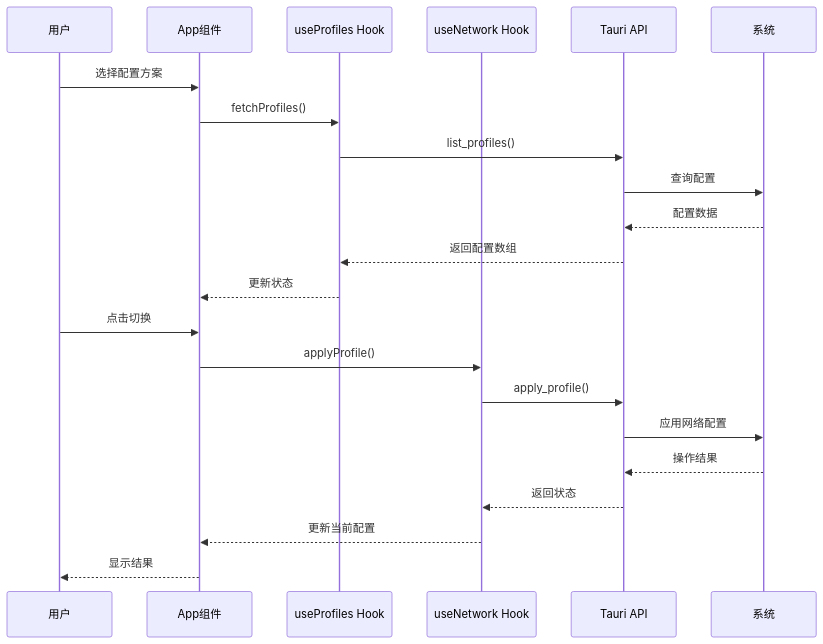
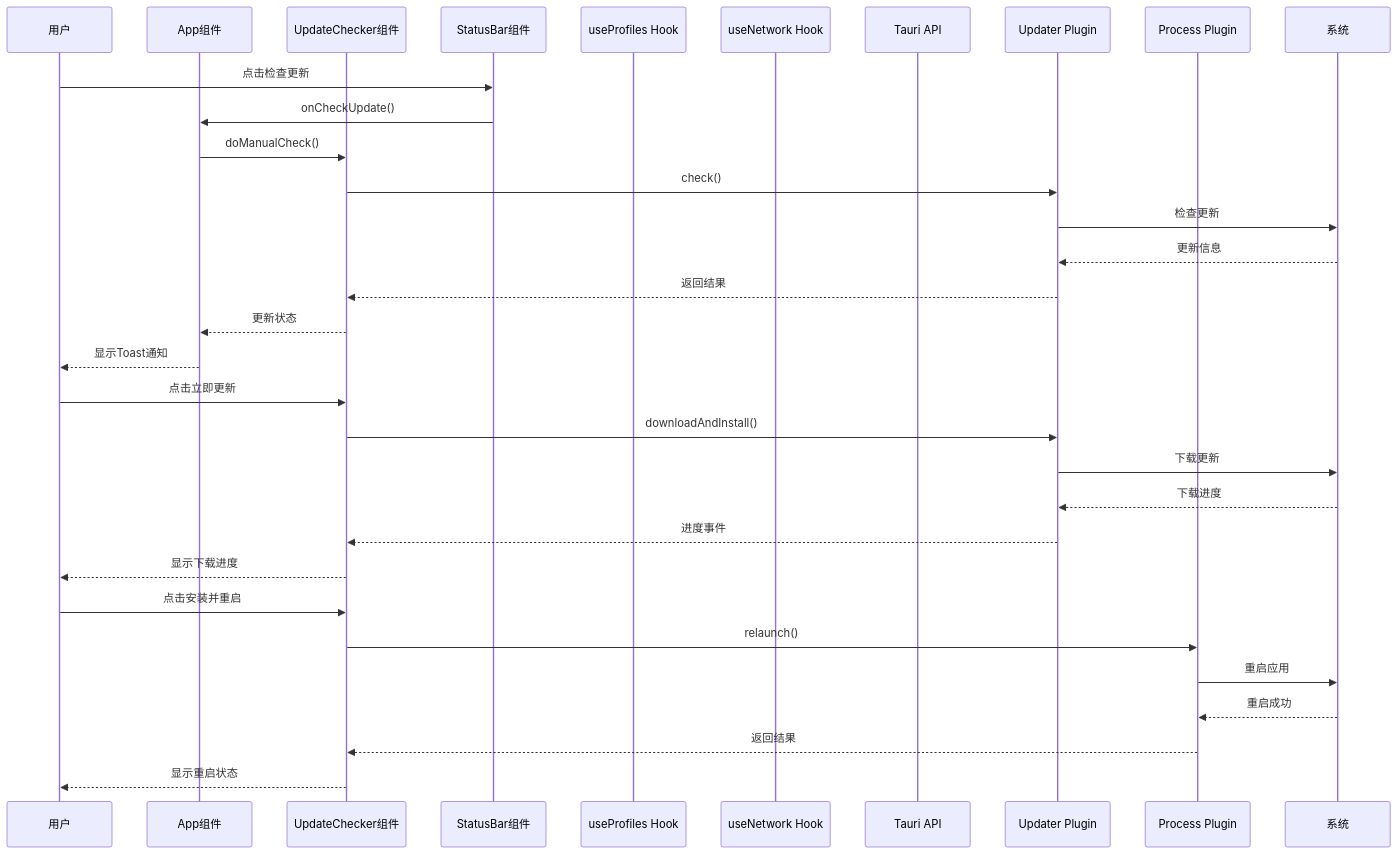
One commit to xdongliang/IPSwitcher changed the fourth of 19 diagrams in .qoder/repowiki/zh/content/前端开发指南/React组件架构.md. Above: the diagram before and after it, drawn with Mermaid. The commit also changed other lines of this file and 7 other files, not shown here.

````diff
--- a/.qoder/repowiki/zh/content/前端开发指南/React组件架构.md
+++ b/.qoder/repowiki/zh/content/前端开发指南/React组件架构.md
@@ -222,24 +282,34 @@
 ```mermaid
 sequenceDiagram
 participant User as 用户
 participant App as App组件
+participant UpdateChecker as UpdateChecker组件
+participant StatusBar as StatusBar组件
 participant Profiles as useProfiles Hook
 participant Network as useNetwork Hook
 participant Tauri as Tauri API
+participant Updater as Updater Plugin
+participant Process as Process Plugin
 participant System as 系统
-User->>App : 选择配置方案
-App->>Profiles : fetchProfiles()
-Profiles->>Tauri : list_profiles()
-Tauri->>System : 查询配置
-System-->>Tauri : 配置数据
-Tauri-->>Profiles : 返回配置数组
-Profiles-->>App : 更新状态
-User->>App : 点击切换
-App->>Network : applyProfile()
-Network->>Tauri : apply_profile()
-Tauri->>System : 应用网络配置
-System-->>Tauri : 操作结果
-Tauri-->>Network : 返回状态
-Network-->>App : 更新当前配置
-App-->>User : 显示结果
+User->>StatusBar : 点击检查更新
+StatusBar->>App : onCheckUpdate()
+App->>UpdateChecker : doManualCheck()
+UpdateChecker->>Updater : check()
+Updater->>System : 检查更新
+System-->>Updater : 更新信息
+Updater-->>UpdateChecker : 返回结果
+UpdateChecker-->>App : 更新状态
+App-->>User : 显示Toast通知
+User->>UpdateChecker : 点击立即更新
+UpdateChecker->>Updater : downloadAndInstall()
+Updater->>System : 下载更新
+System-->>Updater : 下载进度
+Updater-->>UpdateChecker : 进度事件
+UpdateChecker-->>User : 显示下载进度
+User->>UpdateChecker : 点击安装并重启
+UpdateChecker->>Process : relaunch()
+Process->>System : 重启应用
+System-->>Process : 重启成功
+Process-->>UpdateChecker : 返回结果
+UpdateChecker-->>User : 显示重启状态
 ```
````
